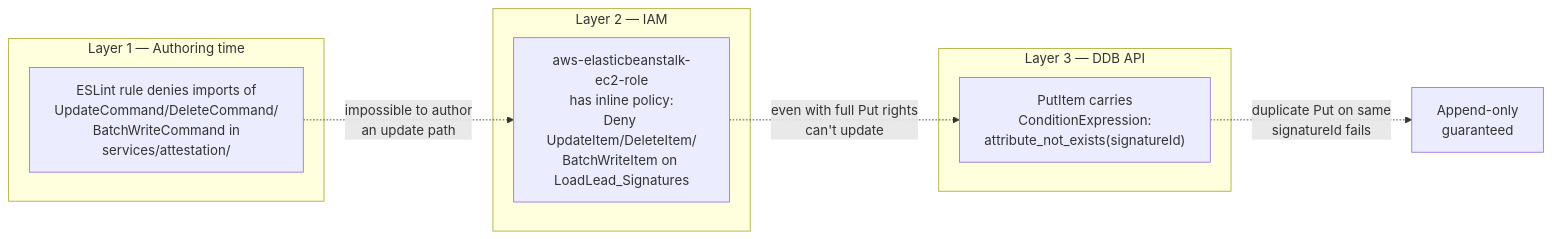
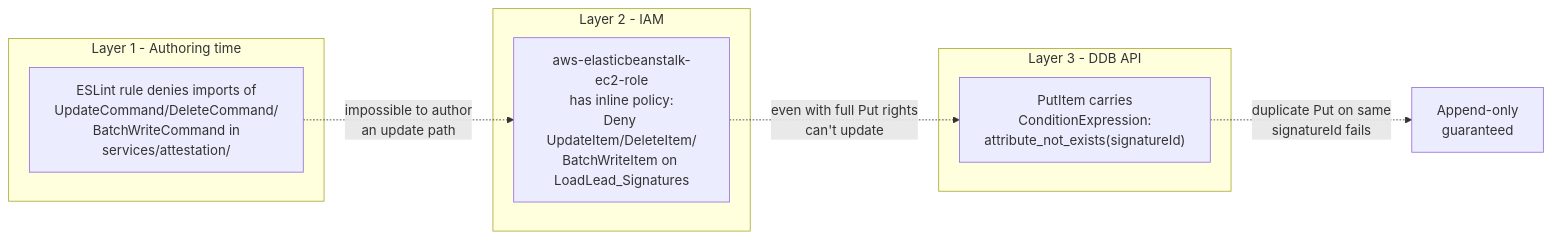
The fourth of 6 diagrams in docs/Architecture_Backend.md (ayo326/loadlead-fullstack), drawn with Mermaid before and after one commit. The commit also changed other lines of this file and 119 other files, not shown here.

````diff
--- a/docs/Architecture_Backend.md
+++ b/docs/Architecture_Backend.md
@@ -164,15 +164,15 @@
 ```mermaid
 flowchart LR
-    subgraph "Layer 1 — Authoring time"
+    subgraph "Layer 1 - Authoring time"
         L1["ESLint rule denies imports of<br/>UpdateCommand/DeleteCommand/<br/>BatchWriteCommand in<br/>services/attestation/"]
     end
-    subgraph "Layer 2 — IAM"
+    subgraph "Layer 2 - IAM"
         L2["aws-elasticbeanstalk-ec2-role<br/>has inline policy:<br/>Deny UpdateItem/DeleteItem/<br/>BatchWriteItem on LoadLead_Signatures"]
     end
-    subgraph "Layer 3 — DDB API"
+    subgraph "Layer 3 - DDB API"
         L3["PutItem carries<br/>ConditionExpression:<br/>attribute_not_exists(signatureId)"]
     end
     L1 -.->|"impossible to author<br/>an update path"| L2
     L2 -.->|"even with full Put rights<br/>can't update"| L3
     L3 -.->|"duplicate Put on same<br/>signatureId fails"| OK[Append-only<br/>guaranteed]
 ```
````
